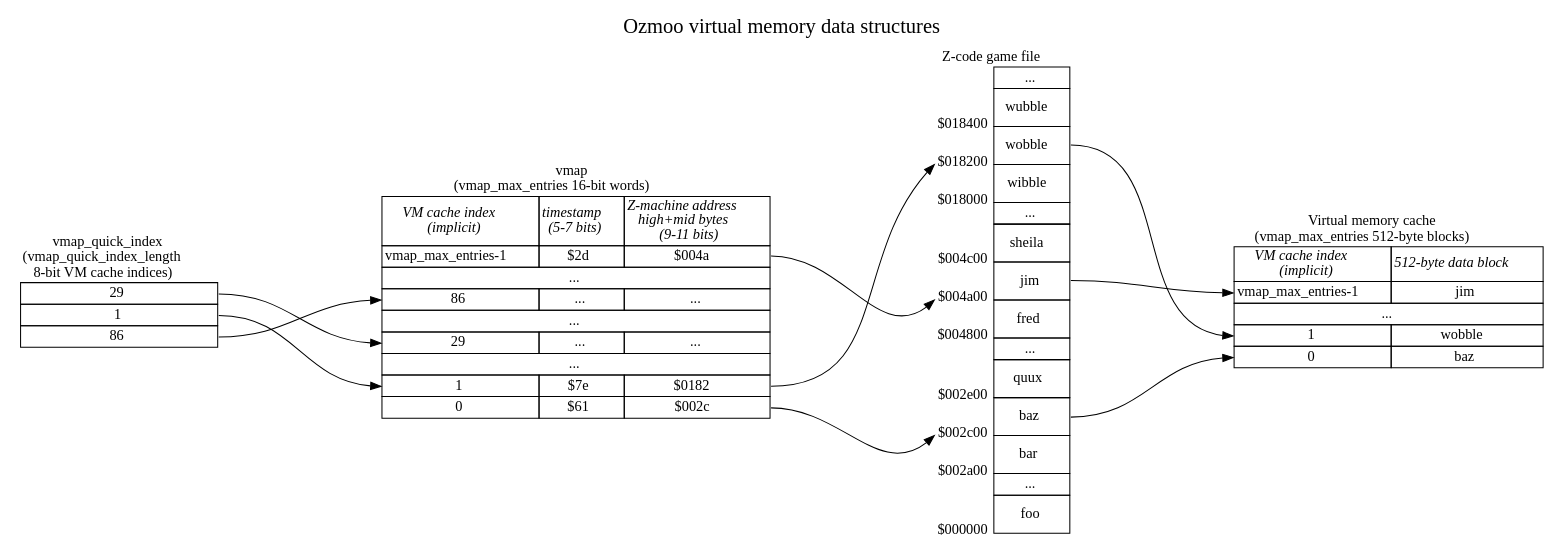
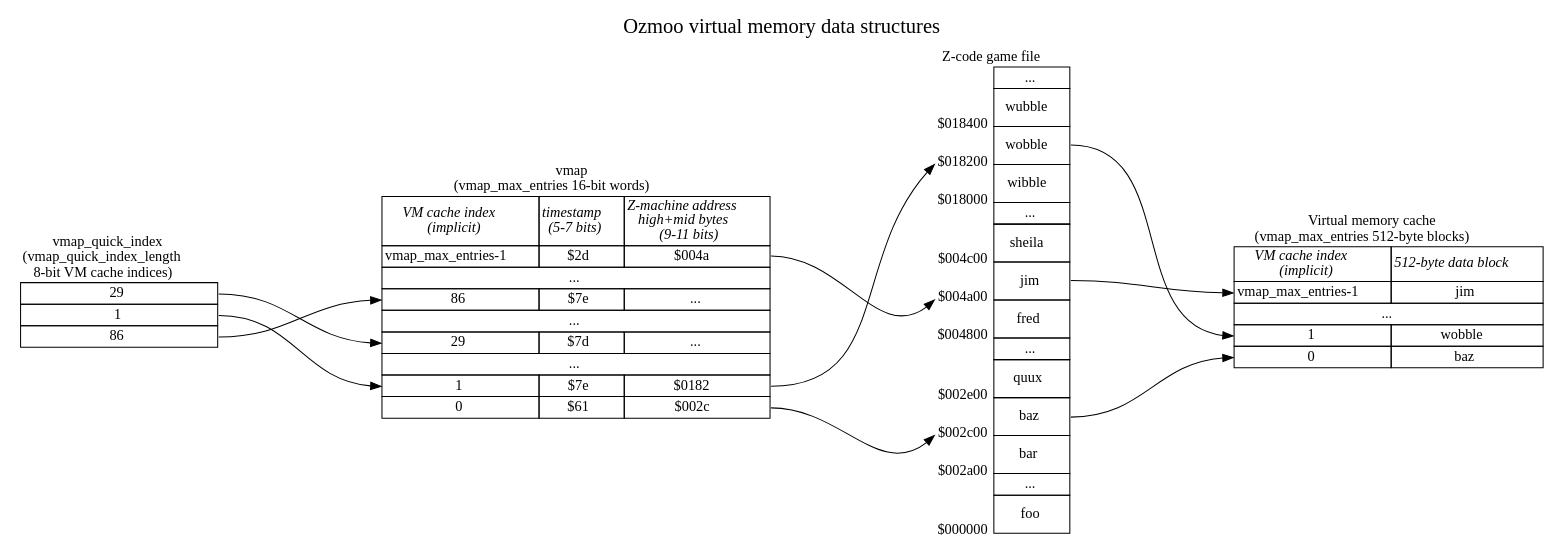
The diagram in documentation/techdocs/memory-map-1.dot (ZornsLemma/ozmoo), drawn with Graphviz before and after one commit.

Commit message:
Snapshot

```diff
--- a/documentation/techdocs/memory-map-1.dot
+++ b/documentation/techdocs/memory-map-1.dot
@@ -1,138 +1,138 @@
 digraph memory {
     graph [nodesep=2, label="Ozmoo virtual memory data structures", fontsize=20, labelloc=t];
     forcelabels=true;
     node [shape=plaintext];
 
     # SFTODO: Rename "top" to "ram"?
     top [label=<
     <table border="0" cellborder="1" cellspacing="0">
         <!-- SFTODO: could label start of this chunk of memory vmap_first_ram_page -->
         <tr><td colspan="2" border="0">Virtual memory cache<br/>(vmap_max_entries 512-byte blocks)</td></tr>
                     <tr>
                         <td><i>VM cache index<br/>(implicit)</i></td>
                         <td><i>512-byte data block</i></td>
                     </tr>
                     <tr>
                         <td port="jim">vmap_max_entries-1</td>
                         <td>jim</td>
                     </tr>
                     <tr><td colspan="2">...</td></tr>
                     <tr>
                         <td port="wobble">1</td>
                         <td>wobble</td>
                     </tr>
                     <tr>
                         <td port="baz">0</td>
                         <td>baz</td>
                     </tr>
     </table>>];
 
     vmap [label=<
     <table border="0" cellborder="1" cellspacing="0">
         <tr><td colspan="3" border="0">vmap<br/>(vmap_max_entries 16-bit words)</td></tr>
         <tr>
             <td><i>VM cache index<br/>(implicit)</i></td>
             <td><i>timestamp<br/>(5-7 bits)</i></td>
             <td><i>Z-machine address<br/>high+mid bytes<br/>(9-11 bits)</i></td>
         </tr>
         <tr><td>vmap_max_entries-1</td><td>$2d</td><td port="z004a">$004a</td></tr>
         <tr><td colspan="3">...</td></tr>
-        <tr><td port="86">86</td><td>...</td><td>...</td></tr>
+        <tr><td port="86">86</td><td>$7e</td><td>...</td></tr>
         <tr><td colspan="3">...</td></tr>
-        <tr><td port="29">29</td><td>...</td><td>...</td></tr>
+        <tr><td port="29">29</td><td>$7d</td><td>...</td></tr>
         <tr><td colspan="3">...</td></tr>
         <tr><td port="1">1</td><td>$7e</td><td port="z0182">$0182</td></tr>
         <tr><td>0</td><td>$61</td><td port="z002c">$002c</td></tr>
     </table>>];
 
     zmachine [label=<
     <table border="0" cellspacing="0">
         <tr>
             <td colspan="2" border="0">Z-code game file</td>
         </tr>
         <tr>
             <td></td>
             <td border="1">...</td>
         </tr>
         <tr>
             <td valign="bottom"><sub>$018400</sub></td>
             <td border="1" cellpadding="10"><!-- Z-code: -->wubble</td>
         </tr>
         <tr>
             <td port="z0182" valign="bottom"><sub>$018200</sub></td>
             <td port="wobble" border="1" cellpadding="10"><!-- Z-code: -->wobble</td>
         </tr>
         <tr>
             <td valign="bottom"><sub>$018000</sub></td>
             <td border="1" cellpadding="10"><!-- Z-code: -->wibble</td>
         </tr>
         <tr>
             <td></td>
             <td border="1">...</td>
         </tr>
         <tr>
             <td valign="bottom"><sub>$004c00</sub></td>
             <td border="1" cellpadding="10"><!-- Z-code: -->sheila</td>
         </tr>
         <tr>
             <td port="z004a" valign="bottom"><sub>$004a00</sub></td>
             <td port="jim" border="1" cellpadding="10"><!-- Z-code: -->jim</td>
         </tr>
         <tr>
             <td valign="bottom"><sub>$004800</sub></td>
             <td border="1" cellpadding="10"><!-- Z-code: -->fred</td>
         </tr>
         <tr>
             <td></td>
             <td border="1">...</td>
         </tr>
         <tr>
             <td valign="bottom"><sub>$002e00</sub></td>
             <td border="1" cellpadding="10"><!-- Z-code: -->quux</td>
         </tr>
         <tr>
             <td port="z002c" valign="bottom"><sub>$002c00</sub></td>
             <td port="baz" border="1" cellpadding="10"><!-- Z-code: -->baz</td>
         </tr>
         <tr>
             <td valign="bottom"><sub>$002a00</sub></td>
             <td border="1" cellpadding="10"><!-- Z-code: -->bar</td>
         </tr>
         <tr>
             <td></td>
             <td border="1">...</td>
         </tr>
         <tr>
             <td valign="bottom"><sub>$000000</sub></td>
             <td border="1" cellpadding="10"><!-- Z-code: -->foo</td>
         </tr>
     </table>>];
 
     quickindex [label=<
     <table border="0" cellborder="1" cellspacing="0">
         <tr><td border="0">vmap_quick_index<br/>(vmap_quick_index_length<br/>8-bit VM cache indices)</td></tr>
         <tr><td port="29">29</td></tr>
         <tr><td port="1">1</td></tr>
         <tr><td port="86">86</td></tr>
     </table>>];
 
     # vmapnextquickindex [label="vmap_next_quick_index"];
 
     {rank = same; quickindex vmap zmachine top};
 
     vmap:z004a:e -> zmachine:z004a:sw;
     vmap:z002c:e -> zmachine:z002c:sw;
     vmap:z0182:e -> zmachine:z0182:sw;
 
     zmachine:jim:e -> top:jim:w;
     zmachine:wobble:e -> top:wobble:w;
     zmachine:baz:e -> top:baz:w;
 
     quickindex:1:e -> vmap:1:w;
     quickindex:29:e -> vmap:29:w;
     quickindex:86:e -> vmap:86:w;
 
     # vmapnextquickindex -> quickindex:29:w;
 }
 
 # vi: sw=4 sts=4
```
